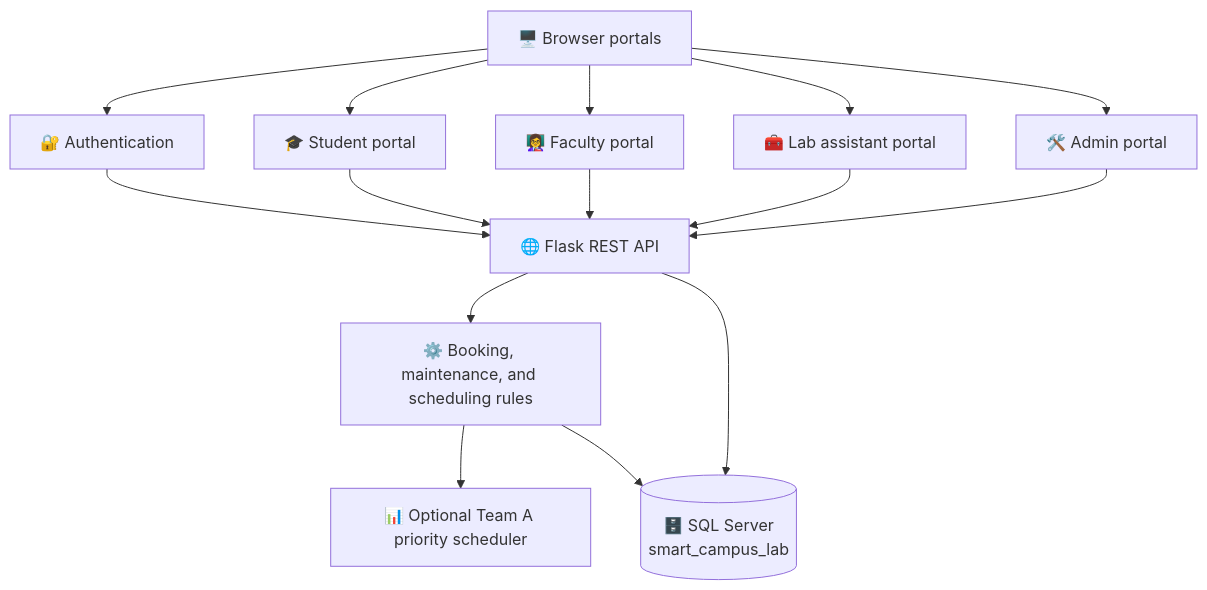
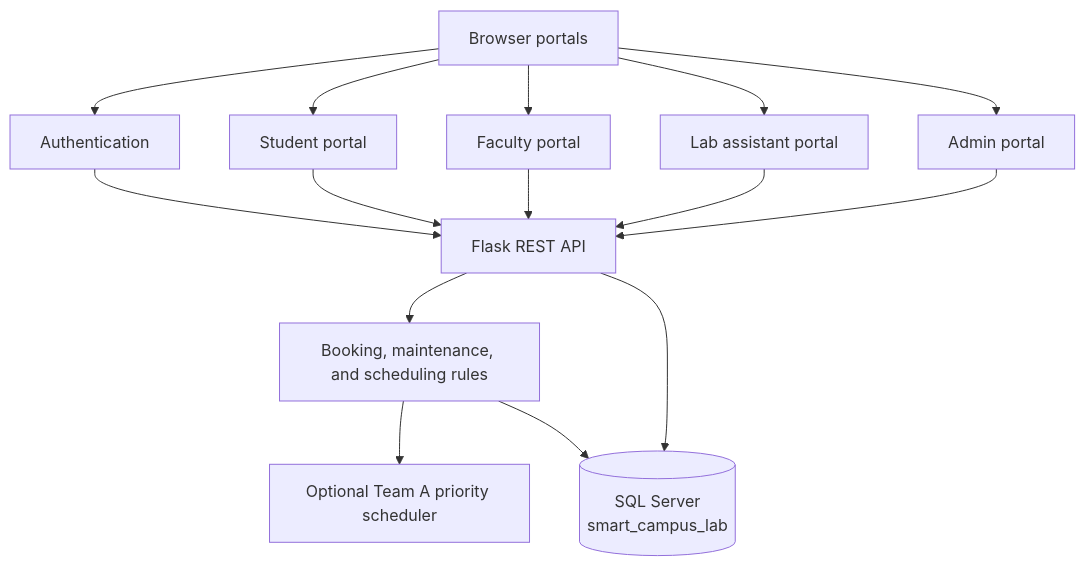
Before and after one commit to swapnil2737/Smart_Campus_Lab_and_Resource_Optimizer: the diagram in README.md, drawn with Mermaid. The commit also changed other lines of this file, not shown here.

````diff
--- a/README.md
+++ b/README.md
@@ -31,31 +31,31 @@
 ```mermaid
 flowchart TB
     accTitle: Smart Campus System Architecture
     accDescr: Browser portals call the Flask API, which validates requests, applies booking and maintenance rules, and reads or writes SQL Server data.
 
-    browser["🖥️ Browser portals"]
-    login["🔐 Authentication"]
-    student["🎓 Student portal"]
-    faculty["👩‍🏫 Faculty portal"]
-    assistant["🧰 Lab assistant portal"]
-    admin["🛠️ Admin portal"]
-    api["🌐 Flask REST API"]
-    rules["⚙️ Booking, maintenance, and scheduling rules"]
-    team_a["📊 Optional Team A priority scheduler"]
-    database[("🗄️ SQL Server<br/>smart_campus_lab")]
+    browser["Browser portals"]
+    login["Authentication"]
+    student["Student portal"]
+    faculty["Faculty portal"]
+    assistant["Lab assistant portal"]
+    admin["Admin portal"]
+    api["Flask REST API"]
+    rules["Booking, maintenance, and scheduling rules"]
+    team_a["Optional Team A priority scheduler"]
+    database[("SQL Server<br/>smart_campus_lab")]
 
     browser --> login
     browser --> student
     browser --> faculty
     browser --> assistant
     browser --> admin
     login --> api
     student --> api
     faculty --> api
     assistant --> api
     admin --> api
     api --> rules
     rules --> team_a
     rules --> database
     api --> database
 ```
````
